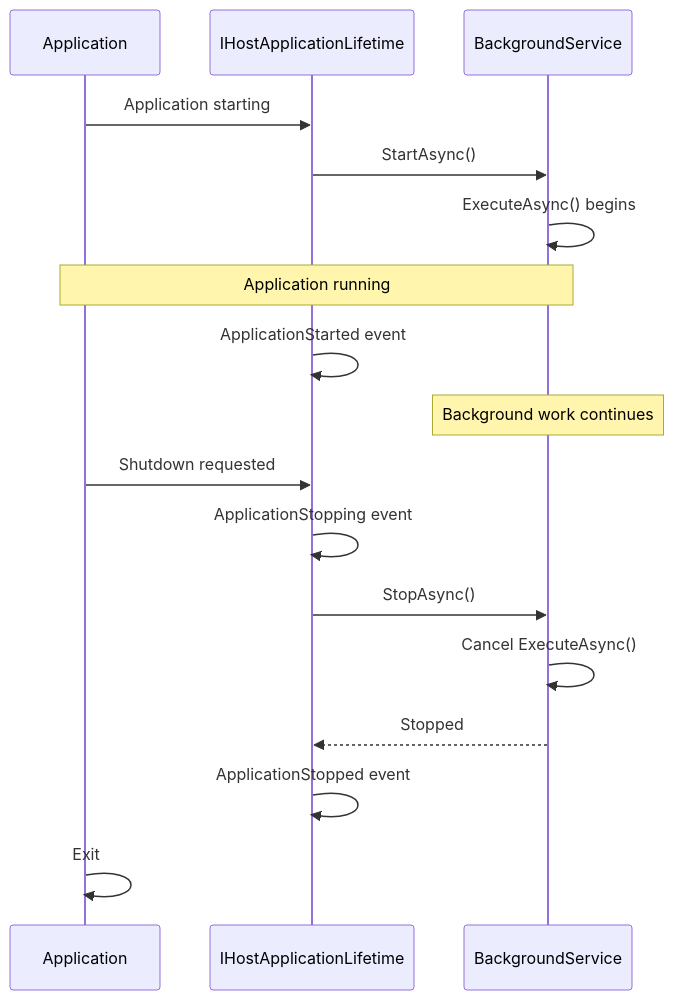
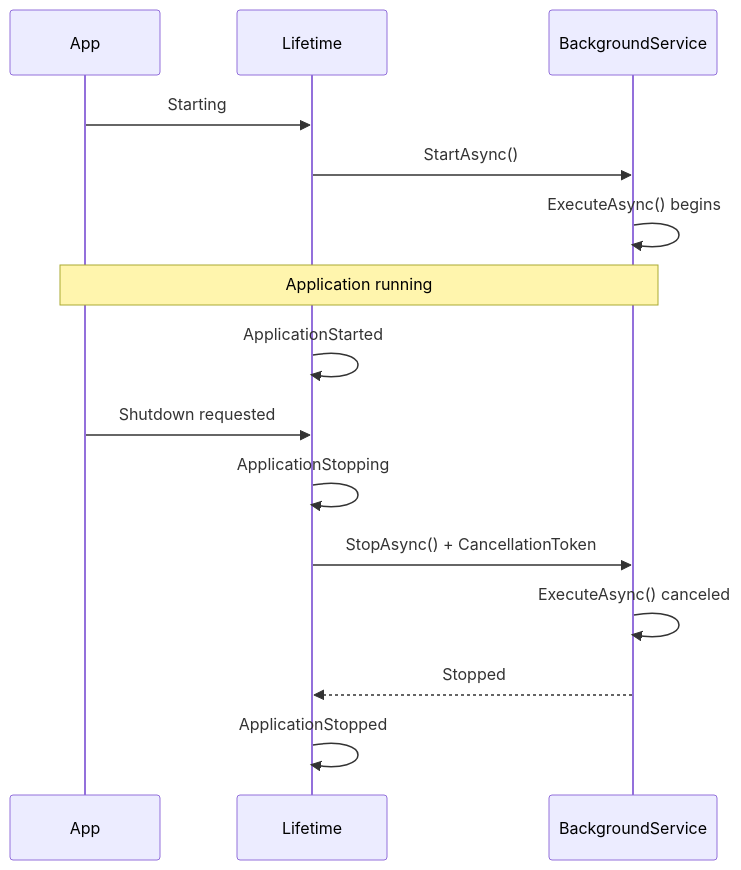
One commit to scottgal/mostlylucid.eufysecurity changed the second of 5 diagrams in docs/ASPNET-PIPELINE-PART6-ADVANCED-EXTENSIBILITY.md. Above: the diagram before and after it, drawn with Mermaid. The commit also changed other lines of this file and 5 other files, not shown here.

````diff
--- a/docs/ASPNET-PIPELINE-PART6-ADVANCED-EXTENSIBILITY.md
+++ b/docs/ASPNET-PIPELINE-PART6-ADVANCED-EXTENSIBILITY.md
@@ -417,25 +304,22 @@
 ```mermaid
 sequenceDiagram
-    participant App as Application
-    participant Lifetime as IHostApplicationLifetime
+    participant App
+    participant Lifetime
     participant Service as BackgroundService
 
-    App->>Lifetime: Application starting
+    App->>Lifetime: Starting
     Lifetime->>Service: StartAsync()
     Service->>Service: ExecuteAsync() begins
 
     Note over App,Service: Application running
 
-    Lifetime->>Lifetime: ApplicationStarted event
-
-    Note over Service: Background work continues
+    Lifetime->>Lifetime: ApplicationStarted
 
     App->>Lifetime: Shutdown requested
-    Lifetime->>Lifetime: ApplicationStopping event
-    Lifetime->>Service: StopAsync()
-    Service->>Service: Cancel ExecuteAsync()
+    Lifetime->>Lifetime: ApplicationStopping
+    Lifetime->>Service: StopAsync() + CancellationToken
+    Service->>Service: ExecuteAsync() canceled
     Service-->>Lifetime: Stopped
 
-    Lifetime->>Lifetime: ApplicationStopped event
-    App->>App: Exit
+    Lifetime->>Lifetime: ApplicationStopped
 ```
````
